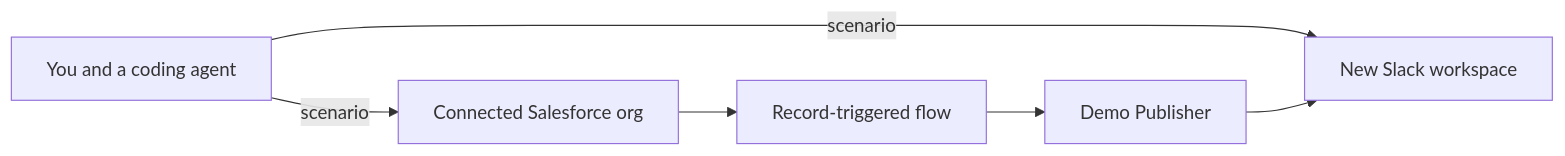
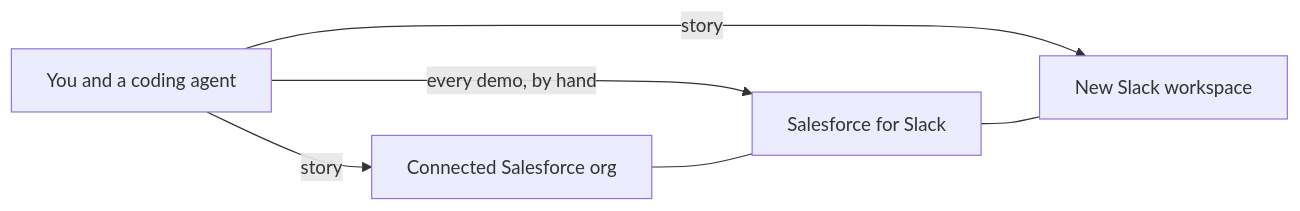
The diagram in README.md (zacharwood-bryd/sf-slack-demo-seeder), drawn with Mermaid before and after one commit. The commit also changed other lines of this file and 8 other files, not shown here.

First line of the commit message:
Use Salesforce's native Slack connector instead of a publisher flow.

````diff
--- a/README.md
+++ b/README.md
@@ -7,14 +7,13 @@
 ```mermaid
 flowchart LR
   you[You and a coding agent]
   salesforce[Connected Salesforce org]
-  flow[Record-triggered flow]
-  app[Demo Publisher]
   workspace[New Slack workspace]
+  connector[Salesforce for Slack]
 
-  you -->|"scenario"| salesforce
-  you -->|"scenario"| workspace
-  salesforce --> flow
-  flow --> app
-  app --> workspace
+  you -->|"story"| salesforce
+  you -->|"story"| workspace
+  you -->|"every demo, by hand"| connector
+  salesforce --- connector
+  connector --- workspace
 ```
````
